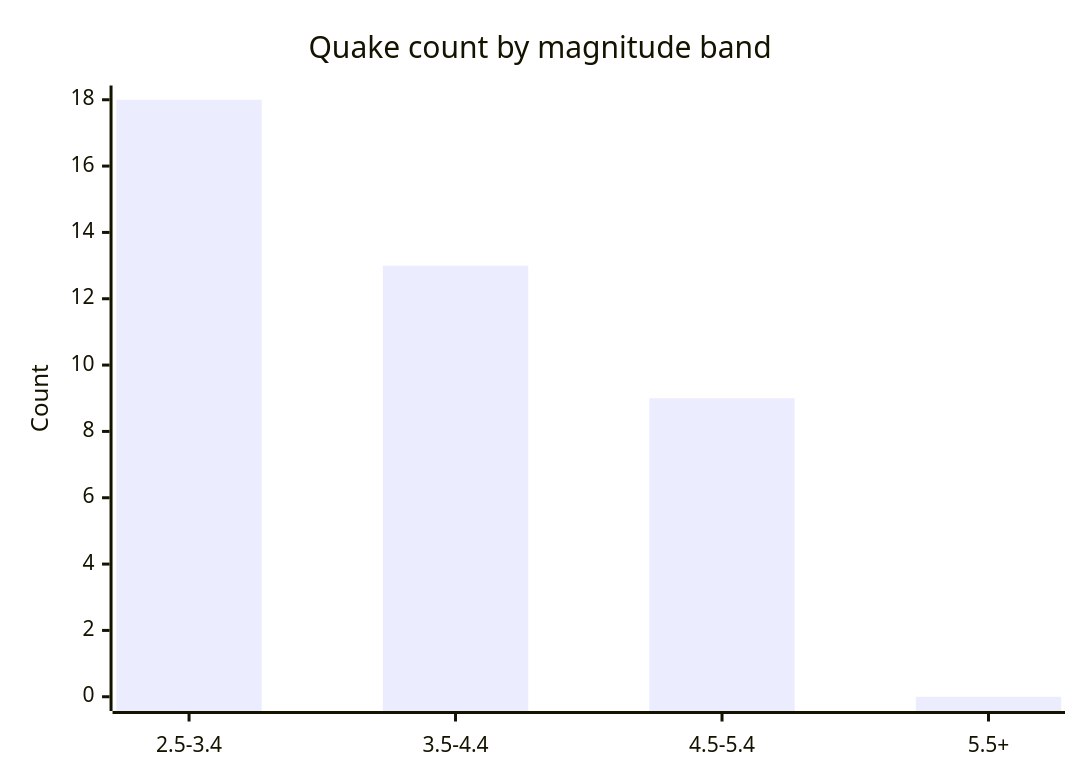
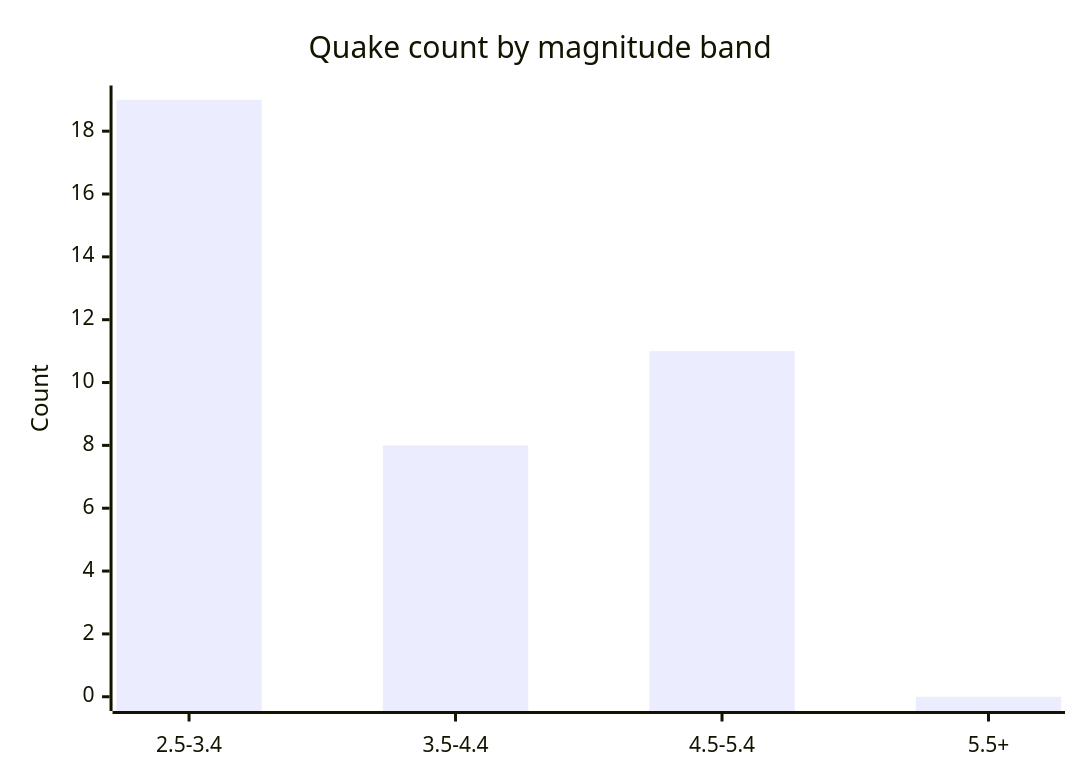
The fifth of 6 diagrams in docs/GRAPHS.md (Midwest-Stratospheric/aerostratospheric-defense-gir), drawn with Mermaid before and after one commit. The commit also changed other lines of this file and 23 other files, not shown here.

````diff
--- a/docs/GRAPHS.md
+++ b/docs/GRAPHS.md
@@ -82,7 +82,7 @@
 ```mermaid
 xychart-beta
   title "Quake count by magnitude band"
   x-axis ["2.5-3.4", "3.5-4.4", "4.5-5.4", "5.5+"]
-  y-axis "Count" 0 --> 18
-  bar [18, 13, 9, 0]
+  y-axis "Count" 0 --> 19
+  bar [19, 8, 11, 0]
 ```
````
